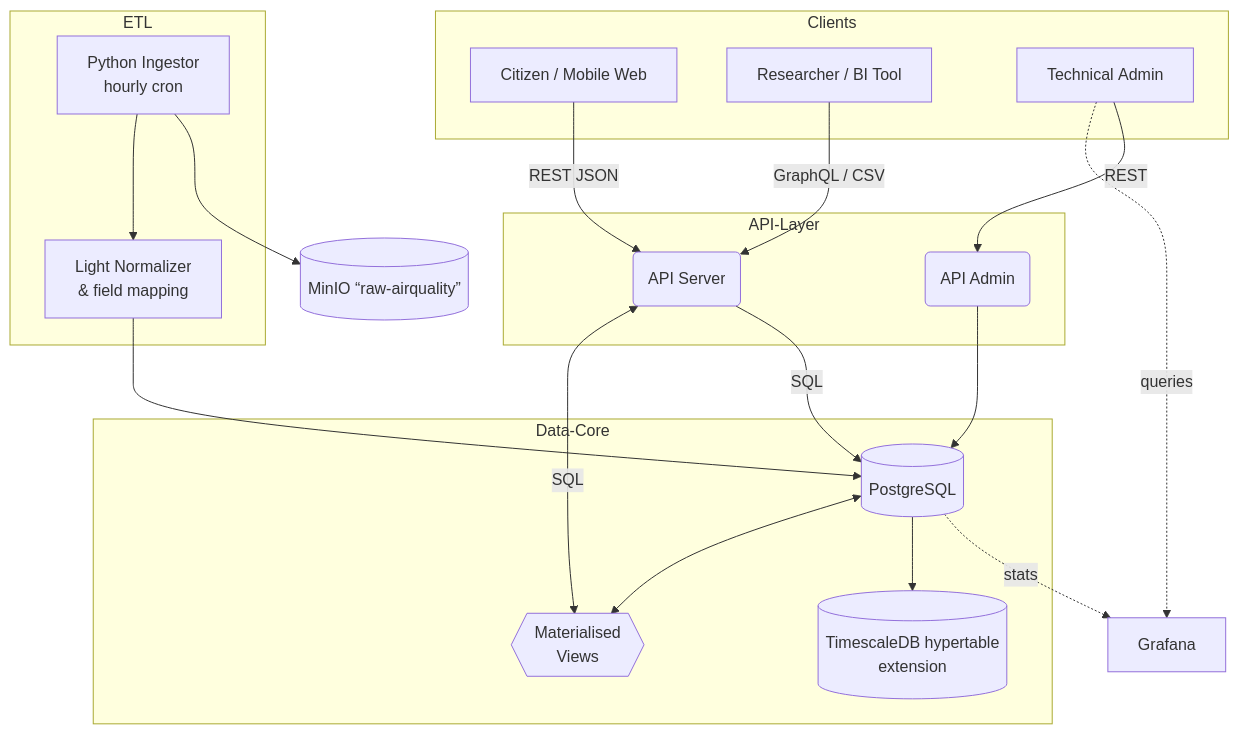
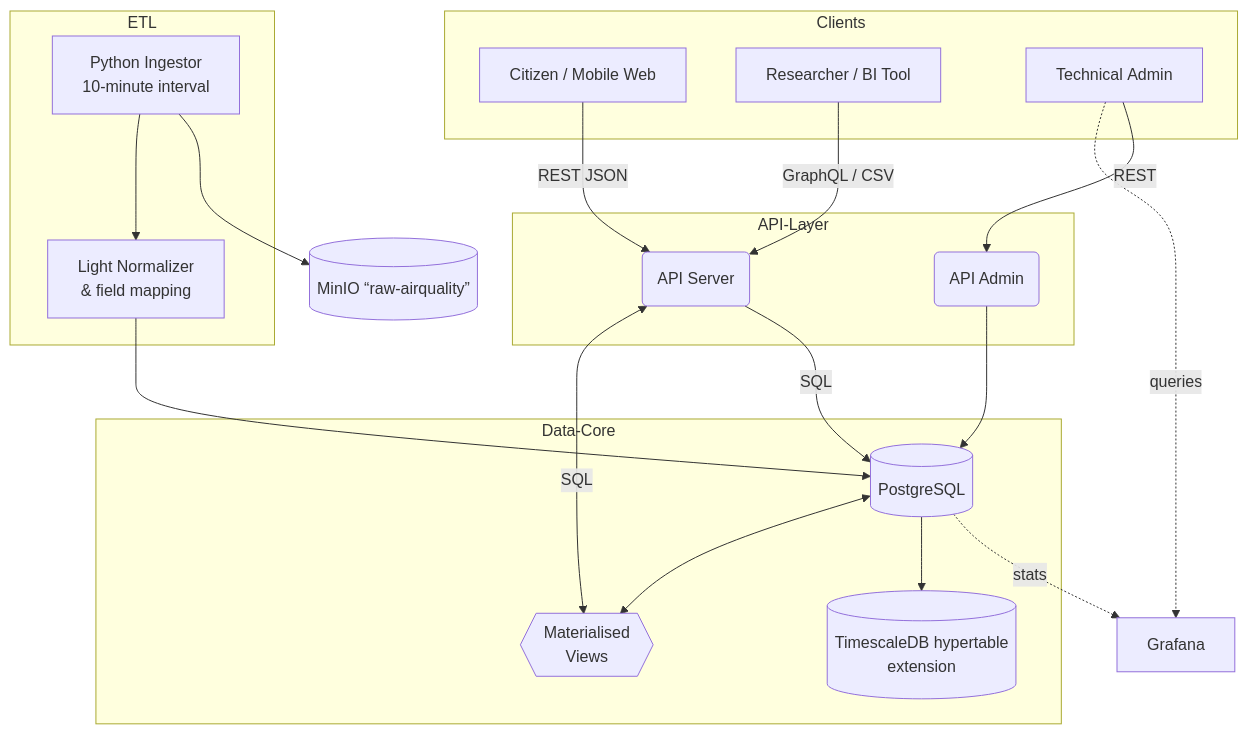
One commit to DarcanoS/Database-II changed the diagram in docs/Database_Architecture/Database_Architecture.mermaid. Above: the diagram before and after it, drawn with Mermaid.

Commit message:
Update: Change Ingestor interval from hourly to 10-minute in Database Architecture diagram

```diff
--- a/docs/Database_Architecture/Database_Architecture.mermaid
+++ b/docs/Database_Architecture/Database_Architecture.mermaid
@@ -1,44 +1,44 @@
 flowchart TD
   subgraph Clients
     Citizen[Citizen&nbsp;/&nbsp;Mobile&nbsp;Web]
     Researcher[Researcher&nbsp;/&nbsp;BI Tool]
     Admin[Technical&nbsp;Admin]
   end
 
   subgraph API-Layer
     api_main(API Server)
     admin_api(API Admin)
   end
 
   subgraph Data-Core
     PG[(PostgreSQL)]
     MV{{Materialised<br/>Views}}
     TSDB[(TimescaleDB hypertable<br/>extension)]  
   end
 
   subgraph ETL
-    Ingestor[Python Ingestor<br/>hourly cron]
+    Ingestor[Python Ingestor<br/>10-minute interval]
     Normalizer[Light Normalizer<br/>&amp; field mapping]
   end
 
   MinIO[(MinIO “raw-airquality”)]
   Grafana[Grafana]
 
   api_main -->|SQL| PG
   api_main <-->|SQL| MV
 
   admin_api --> PG
 
   Citizen -->|REST JSON| api_main
   Researcher -->|GraphQL / CSV| api_main
   Admin --> |REST| admin_api
   Admin -. queries .-> Grafana
 
 
   Ingestor --> MinIO
   Ingestor --> Normalizer
   Normalizer --> PG
   PG -. stats .-> Grafana
 
   PG --> TSDB
   PG <--> MV
```
